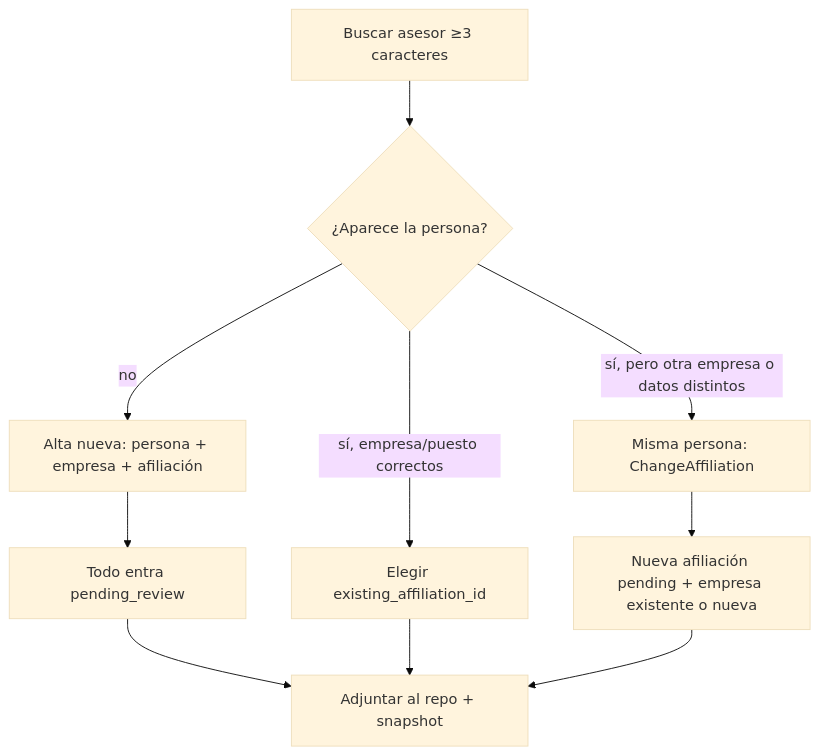
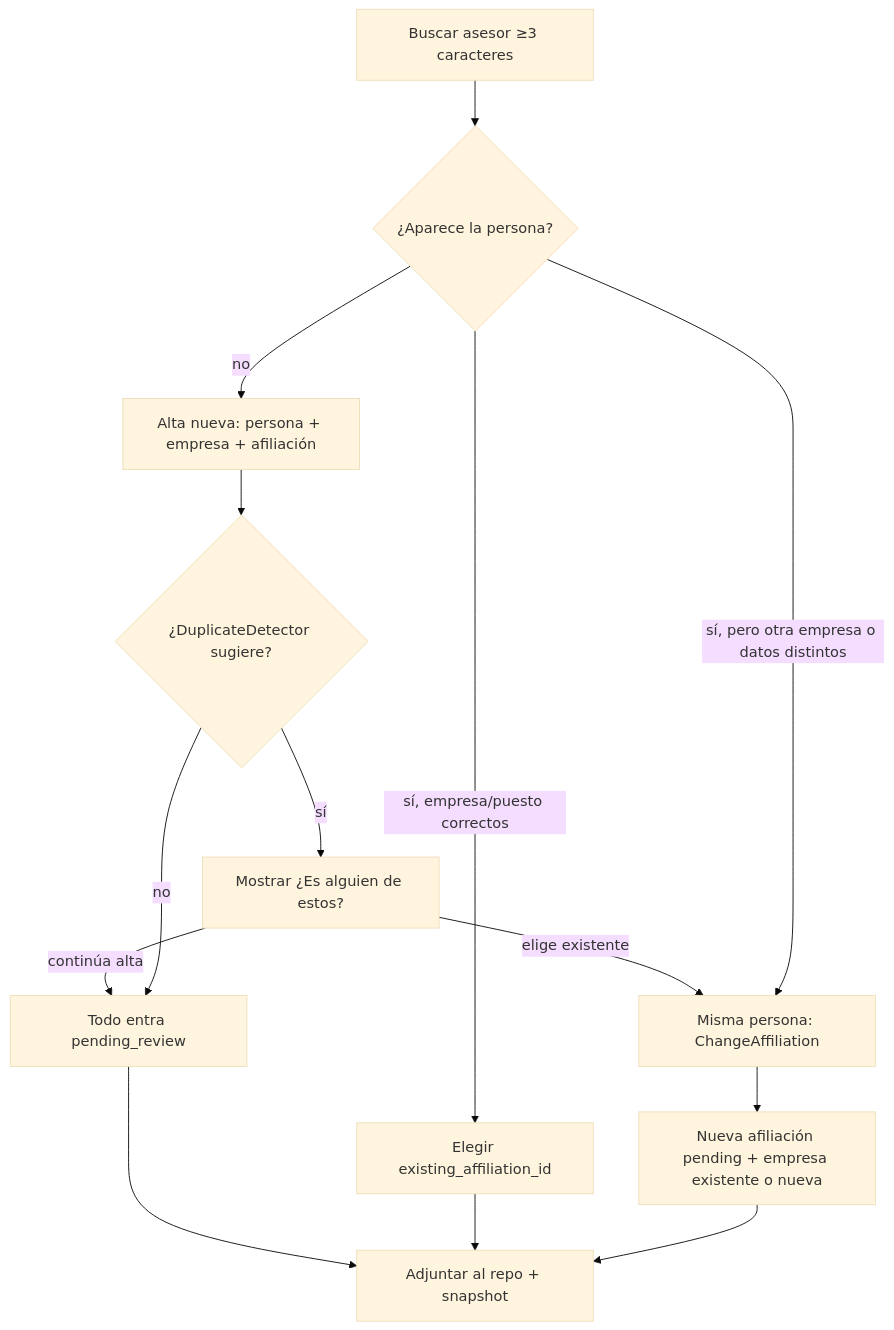
The second of 4 diagrams in docs/business/08-business-advisors-and-companies.md (jose-M2020/repositorio-UTCGG), drawn with Mermaid (base theme) before and after one commit. The commit also changed other lines of this file and 35 other files, not shown here.

````diff
--- a/docs/business/08-business-advisors-and-companies.md
+++ b/docs/business/08-business-advisors-and-companies.md
@@ -72,12 +77,16 @@
 ```mermaid
 flowchart TD
   A[Buscar asesor ≥3 caracteres] --> B{¿Aparece la persona?}
   B -->|no| C[Alta nueva: persona + empresa + afiliación]
-  C --> D[Todo entra pending_review]
+  C --> C2{¿DuplicateDetector sugiere?}
+  C2 -->|sí| C3[Mostrar ¿Es alguien de estos?]
+  C3 -->|elige existente| G
+  C3 -->|continúa alta| D
+  C2 -->|no| D[Todo entra pending_review]
   D --> E[Adjuntar al repo + snapshot]
   B -->|sí, empresa/puesto correctos| F[Elegir existing_affiliation_id]
   F --> E
   B -->|sí, pero otra empresa o datos distintos| G[Misma persona: ChangeAffiliation]
   G --> H[Nueva afiliación pending + empresa existente o nueva]
   H --> E
 ```
````
